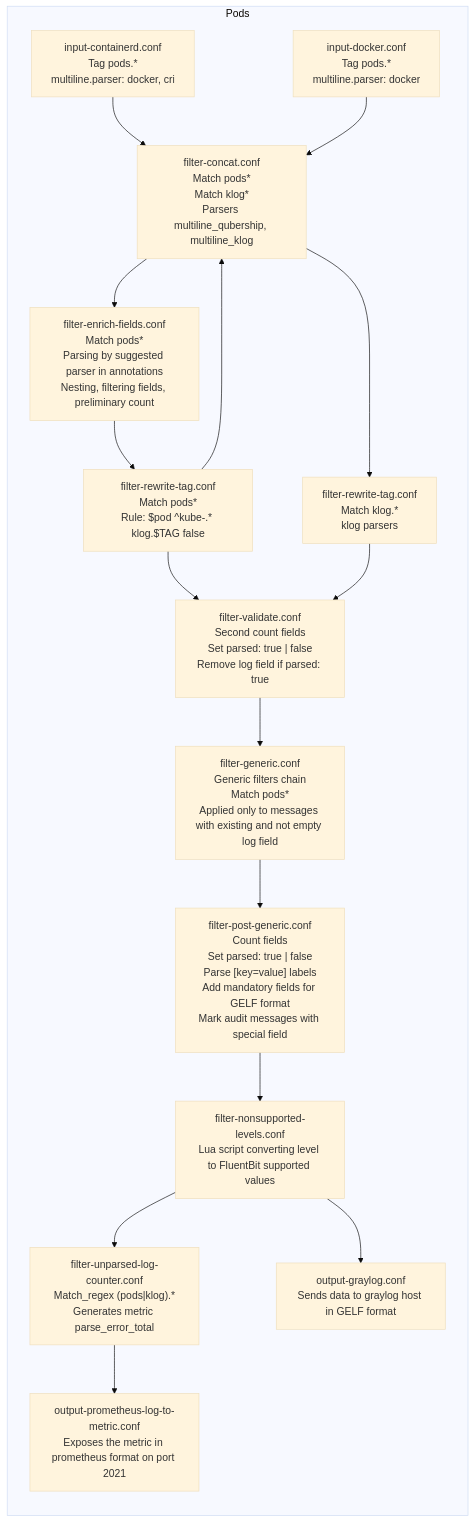
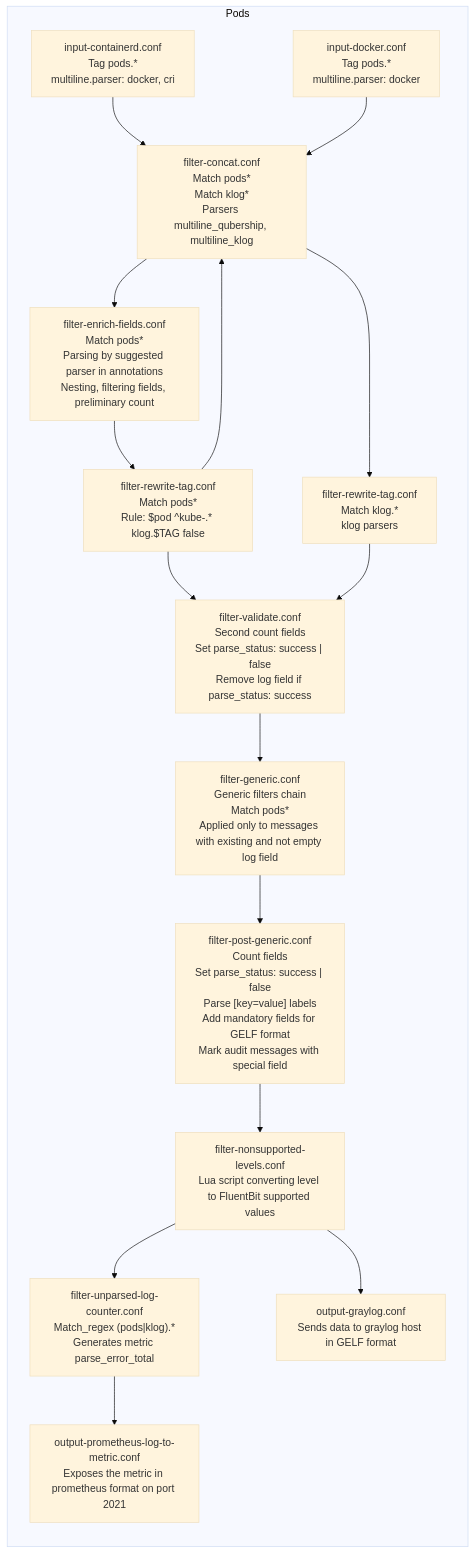
The diagram in docs/fluentbit-log-pipeline.md (Netcracker/qubership-logging-operator), drawn with Mermaid (base theme) before and after one commit. The commit also changed other lines of this file and 23 other files, not shown here.

Commit message:
feat: add parse indicators fields and remove trash debug fields in fluentbit pipeline

````diff
--- a/docs/fluentbit-log-pipeline.md
+++ b/docs/fluentbit-log-pipeline.md
@@ -54,21 +54,21 @@
 ```mermaid
 flowchart LR
     subgraph Pods
         IC["input-containerd.conf<br/>Tag pods.*<br/>multiline.parser: docker, cri" ] --> FC
         ID["input-docker.conf<br/>Tag pods.*<br/>multiline.parser: docker"] --> FC
         FC["filter-concat.conf<br/>Match pods*<br/>Match klog*<br/>Parsers multiline_qubership, multiline_klog"] --> FK
         FC["filter-concat.conf<br/>Match pods*<br/>Match klog*<br/>Parsers multiline_qubership, multiline_klog"] --> FRTP
         FK["filter-enrich-fields.conf<br/>Match pods*<br/>Parsing by suggested parser in annotations<br/>Nesting, filtering fields, preliminary count"] --> FRT
         FRT["filter-rewrite-tag.conf<br/>Match pods*<br/>Rule: $pod ^kube-.* klog.$TAG false"] --> FC
         FRT["filter-rewrite-tag.conf<br/>Match pods*<br/>Rule: $pod ^kube-.* klog.$TAG false"] --> FVALID
         FRTP["filter-rewrite-tag.conf<br/>Match klog.*<br/>klog parsers"] --> FVALID
-        FVALID["filter-validate.conf<br/>Second count fields<br/>Set parsed: true | false<br/>Remove log field if parsed: true"] --> FGEN
+        FVALID["filter-validate.conf<br/>Second count fields<br/>Set parse_status: success | false<br/>Remove log field if parse_status: success"] --> FGEN
         FGEN["filter-generic.conf<br/>Generic filters chain<br/>Match pods*<br/>Applied only to messages with existing and not empty log field"] --> FPGEN
-        FPGEN["filter-post-generic.conf<br/>Count fields<br/>Set parsed: true | false<br/>Parse [key=value] labels<br/>Add mandatory fields for GELF format<br/>Mark audit messages with special field"] --> FNL
+        FPGEN["filter-post-generic.conf<br/>Count fields<br/>Set parse_status: success | false<br/>Parse [key=value] labels<br/>Add mandatory fields for GELF format<br/>Mark audit messages with special field"] --> FNL
         FNL["filter-nonsupported-levels.conf<br/>Lua script converting level to FluentBit supported values"] --> FULC
         FNL["filter-nonsupported-levels.conf<br/>Lua script converting level to FluentBit supported values"] --> OGRAY
         OGRAY["output-graylog.conf<br/>Sends data to graylog host in GELF format"]
         FULC["filter-unparsed-log-counter.conf<br/>Match_regex (pods|klog).*<br/>Generates metric parse_error_total"] --> OPLTM
         OPLTM["output-prometheus-log-to-metric.conf</br>Exposes the metric in prometheus format on port 2021"]
     end
 ```
````
